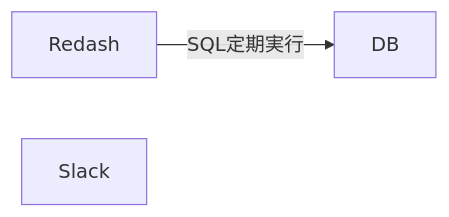
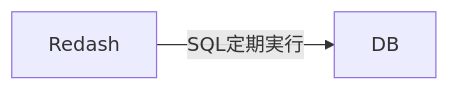
Before and after one commit to hiroki-it/tech-notebook: the first of 2 diagrams in docs/observability/draft/observability_monitoring_business_intelligence_redash.md, drawn with Mermaid. The commit also changed 2 other files, not shown here.

Commit message:
update ノートを更新した。

````diff
--- a/docs/observability/draft/observability_monitoring_business_intelligence_redash.md
+++ b/docs/observability/draft/observability_monitoring_business_intelligence_redash.md
@@ -30,8 +30,7 @@
 ```mermaid
 flowchart LR
     Redash
     DB
-    Slack
 
     Redash --SQL定期実行--> DB
 ```
````
